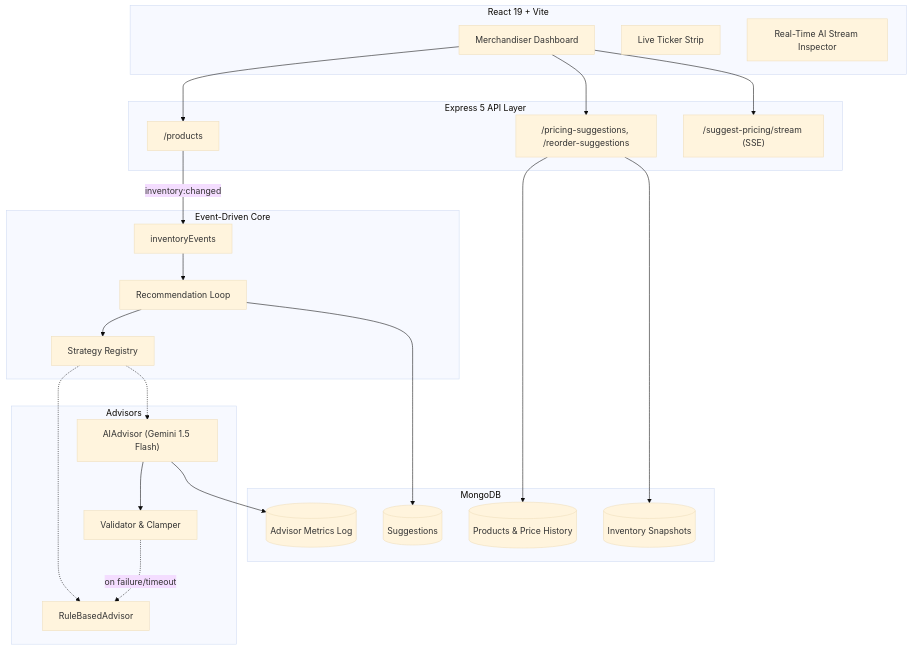
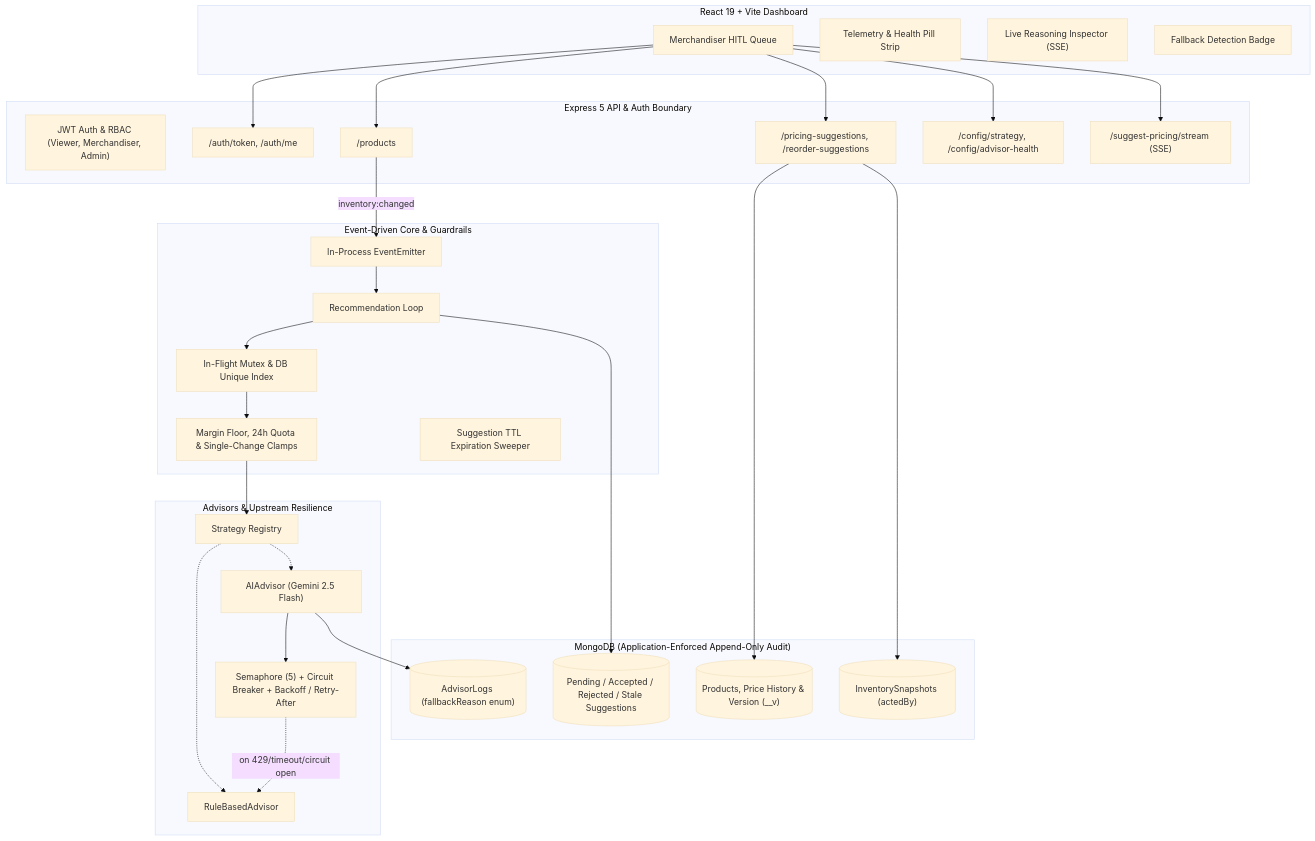
Before and after one commit to pritam195/Sentinel: the diagram in README.md, drawn with Mermaid (base theme). The commit also changed other lines of this file and 2 other files, not shown here.

Commit message:
docs: clean up overclaims, update architecture diagram, align model names to Gemini 2.5 Flash, and add Known Limitations

````diff
--- a/README.md
+++ b/README.md
@@ -19,48 +20,59 @@
 ```mermaid
 graph TD
-    subgraph Client["React 19 + Vite"]
-        UI[Merchandiser Dashboard]
-        Ticker[Live Ticker Strip]
-        Stream[Real-Time AI Stream Inspector]
+    subgraph Client["React 19 + Vite Dashboard"]
+        UI["Merchandiser HITL Queue"]
+        Ticker["Telemetry & Health Pill Strip"]
+        Stream["Live Reasoning Inspector (SSE)"]
+        FallbackBanner["Fallback Detection Badge"]
     end
 
-    subgraph API["Express 5 API Layer"]
+    subgraph API["Express 5 API & Auth Boundary"]
+        AuthMid["JWT Auth & RBAC (Viewer, Merchandiser, Admin)"]
+        RoutesAuth["/auth/token, /auth/me"]
         RoutesProd["/products"]
         RoutesSugg["/pricing-suggestions, /reorder-suggestions"]
+        RoutesConfig["/config/strategy, /config/advisor-health"]
         SSEStream["/suggest-pricing/stream (SSE)"]
     end
 
-    subgraph Core["Event-Driven Core"]
-        EventEmitter["inventoryEvents"]
+    subgraph Core["Event-Driven Core & Guardrails"]
+        EventEmitter["In-Process EventEmitter"]
         AgentLoop["Recommendation Loop"]
-        Registry["Strategy Registry"]
+        DedupeLocks["In-Flight Mutex & DB Unique Index"]
+        Guardrails["Margin Floor, 24h Quota & Single-Change Clamps"]
+        TTLWorker["Suggestion TTL Expiration Sweeper"]
     end
 
-    subgraph Engines["Advisors"]
+    subgraph Engines["Advisors & Upstream Resilience"]
+        Registry["Strategy Registry"]
         RuleAdvisor["RuleBasedAdvisor"]
-        AIAdvisor["AIAdvisor (Gemini 1.5 Flash)"]
-        Guardrails["Validator & Clamper"]
+        AIAdvisor["AIAdvisor (Gemini 2.5 Flash)"]
+        Resilience["Semaphore (5) + Circuit Breaker + Backoff / Retry-After"]
     end
 
-    subgraph Storage["MongoDB"]
-        DB_Prod[(Products & Price History)]
-        DB_Sugg[(Suggestions)]
-        DB_Snap[(Inventory Snapshots)]
-        DB_Logs[(Advisor Metrics Log)]
+    subgraph Storage["MongoDB (Application-Enforced Append-Only Audit)"]
+        DB_Prod[("Products, Price History & Version (__v)")]
+        DB_Sugg[("Pending / Accepted / Rejected / Stale Suggestions")]
+        DB_Snap[("InventorySnapshots (actedBy)")]
+        DB_Logs[("AdvisorLogs (fallbackReason enum)")]
     end
 
+    UI --> RoutesAuth
     UI --> RoutesProd
     UI --> RoutesSugg
+    UI --> RoutesConfig
     UI --> SSEStream
     RoutesProd -- "inventory:changed" --> EventEmitter
     EventEmitter --> AgentLoop
-    AgentLoop --> Registry
+    AgentLoop --> DedupeLocks
+    DedupeLocks --> Guardrails
+    Guardrails --> Registry
     Registry -.-> RuleAdvisor
     Registry -.-> AIAdvisor
-    AIAdvisor --> Guardrails
-    Guardrails -. "on failure/timeout" .-> RuleAdvisor
+    AIAdvisor --> Resilience
+    Resilience -. "on 429/timeout/circuit open" .-> RuleAdvisor
     AgentLoop --> DB_Sugg
     AIAdvisor --> DB_Logs
     RoutesSugg --> DB_Prod
     RoutesSugg --> DB_Snap
 ```
````
